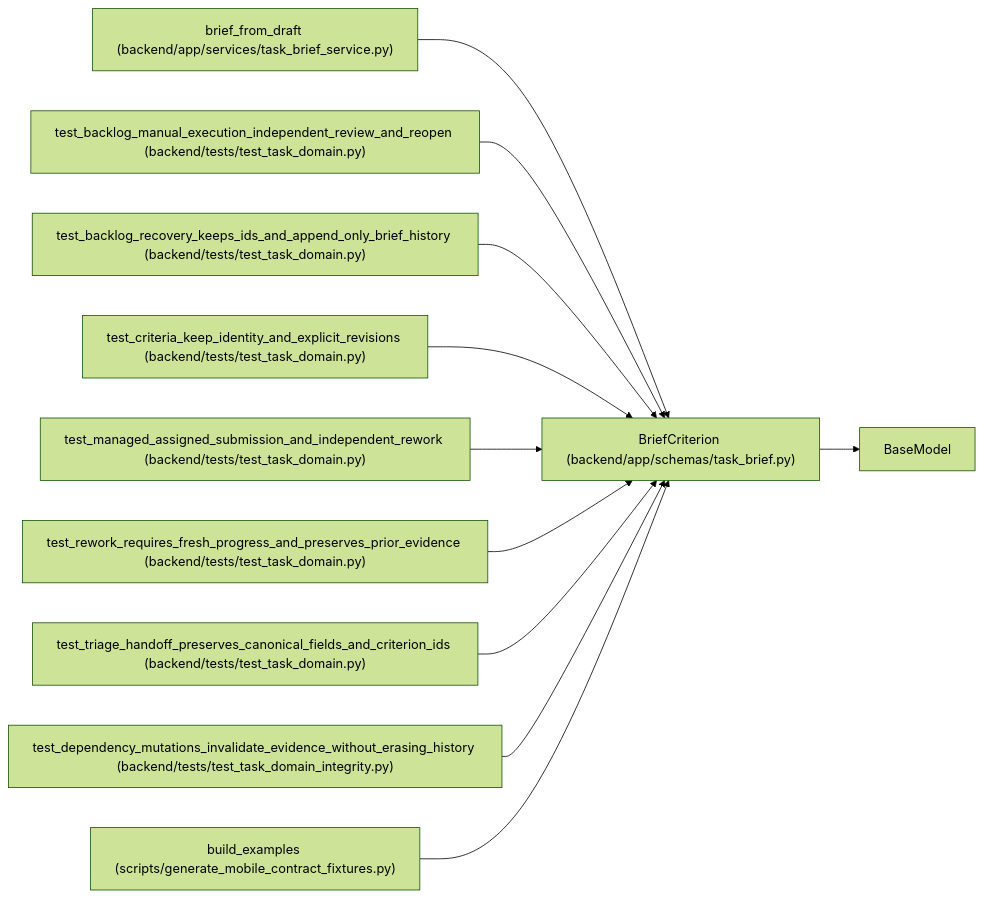
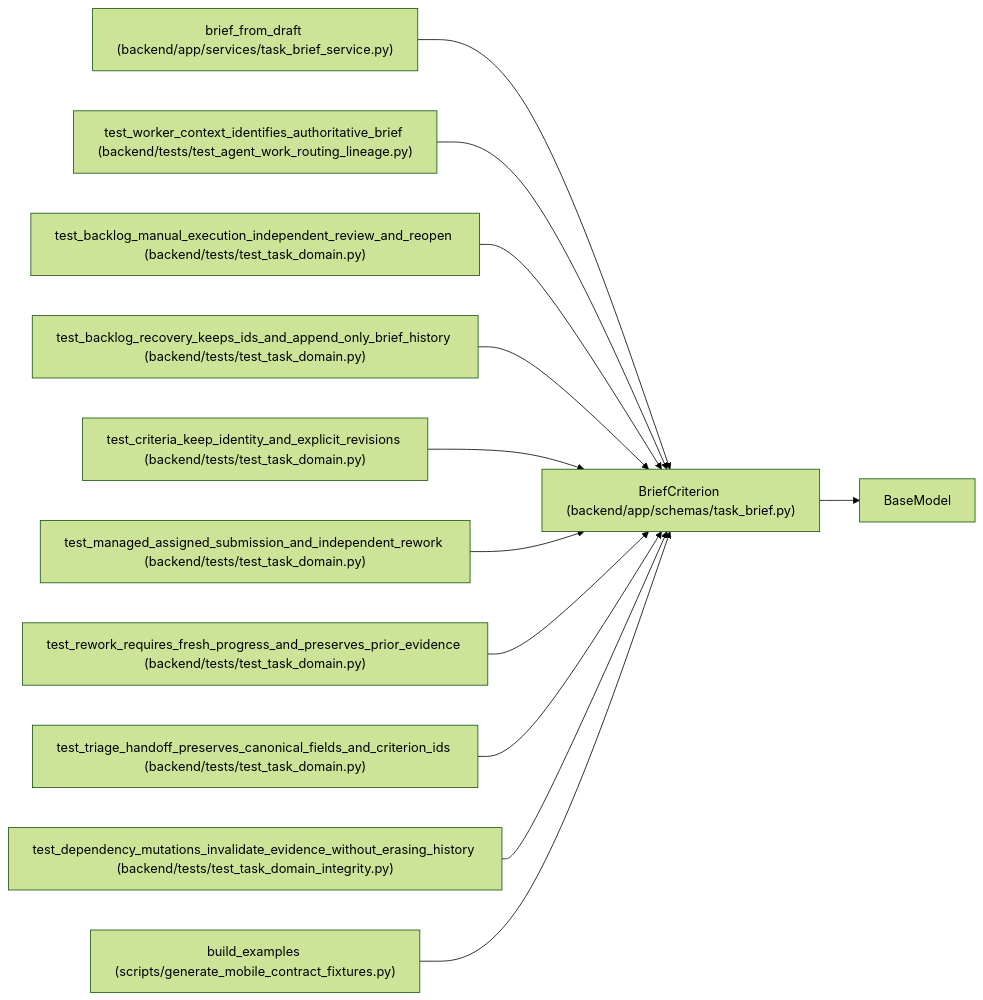
The diagram in docs/llm_wiki/entities/schemas_task_brief_BriefCriterion.md (Denissvgn/WorkChord), drawn with Mermaid (forest theme) before and after one commit. The commit also changed other lines of this file and 396 other files, not shown here.

Commit message:
docs(wiki): synchronize canonical agent contract evidence

````diff
--- a/docs/llm_wiki/entities/schemas_task_brief_BriefCriterion.md
+++ b/docs/llm_wiki/entities/schemas_task_brief_BriefCriterion.md
@@ -42,34 +42,37 @@
 ```mermaid
 flowchart LR
     n0["BriefCriterion (backend/app/schemas/task_brief.py)"]
     n1["BaseModel"]
     n2["brief_from_draft (backend/app/services/task_brief_service.py)"]
-    n3["test_backlog_manual_execution_independent_review_and_reopen (backend/tests/test_task_domain.py)"]
-    n4["test_backlog_recovery_keeps_ids_and_append_only_brief_history (backend/tests/test_task_domain.py)"]
-    n5["test_criteria_keep_identity_and_explicit_revisions (backend/tests/test_task_domain.py)"]
-    n6["test_managed_assigned_submission_and_independent_rework (backend/tests/test_task_domain.py)"]
-    n7["test_rework_requires_fresh_progress_and_preserves_prior_evidence (backend/tests/test_task_domain.py)"]
-    n8["test_triage_handoff_preserves_canonical_fields_and_criterion_ids (backend/tests/test_task_domain.py)"]
-    n9["test_dependency_mutations_invalidate_evidence_without_erasing_history (backend/tests/test_task_domain_integrity.py)"]
-    n10["build_examples (scripts/generate_mobile_contract_fixtures.py)"]
+    n3["test_worker_context_identifies_authoritative_brief (backend/tests/test_agent_work_routing_lineage.py)"]
+    n4["test_backlog_manual_execution_independent_review_and_reopen (backend/tests/test_task_domain.py)"]
+    n5["test_backlog_recovery_keeps_ids_and_append_only_brief_history (backend/tests/test_task_domain.py)"]
+    n6["test_criteria_keep_identity_and_explicit_revisions (backend/tests/test_task_domain.py)"]
+    n7["test_managed_assigned_submission_and_independent_rework (backend/tests/test_task_domain.py)"]
+    n8["test_rework_requires_fresh_progress_and_preserves_prior_evidence (backend/tests/test_task_domain.py)"]
+    n9["test_triage_handoff_preserves_canonical_fields_and_criterion_ids (backend/tests/test_task_domain.py)"]
+    n10["test_dependency_mutations_invalidate_evidence_without_erasing_history (backend/tests/test_task_domain_integrity.py)"]
+    n11["build_examples (scripts/generate_mobile_contract_fixtures.py)"]
     n0 --> n1
     n2 --> n0
     n3 --> n0
     n4 --> n0
     n5 --> n0
     n6 --> n0
     n7 --> n0
     n8 --> n0
     n9 --> n0
     n10 --> n0
+    n11 --> n0
     click n0 "../modules/schemas_task_brief.md"
     click n2 "../modules/task_brief_service.md"
-    click n3 "../modules/test_task_domain.md"
+    click n3 "../modules/test_agent_work_routing_lineage.md"
     click n4 "../modules/test_task_domain.md"
     click n5 "../modules/test_task_domain.md"
     click n6 "../modules/test_task_domain.md"
     click n7 "../modules/test_task_domain.md"
     click n8 "../modules/test_task_domain.md"
-    click n9 "../modules/test_task_domain_integrity.md"
-    click n10 "../modules/generate_mobile_contract_fixtures.md"
+    click n9 "../modules/test_task_domain.md"
+    click n10 "../modules/test_task_domain_integrity.md"
+    click n11 "../modules/generate_mobile_contract_fixtures.md"
 ```
````
